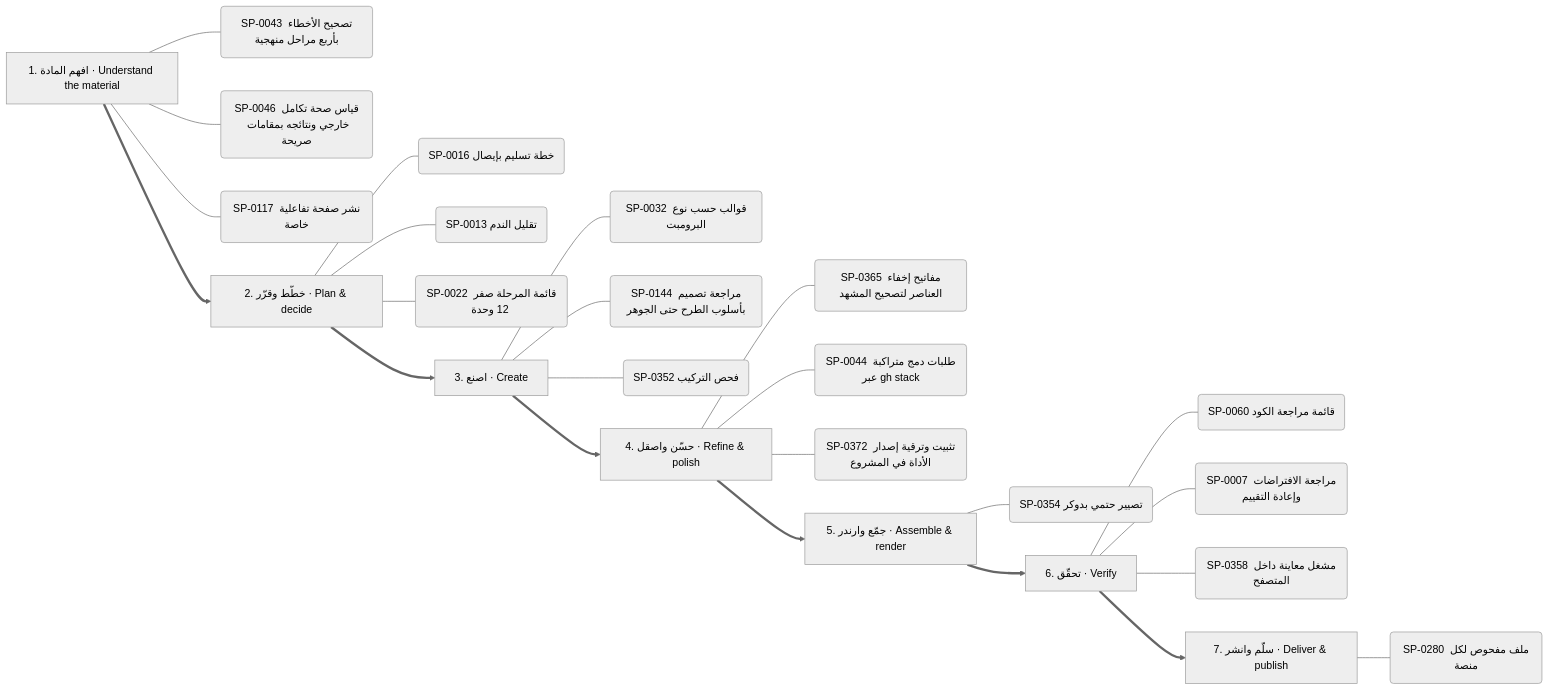
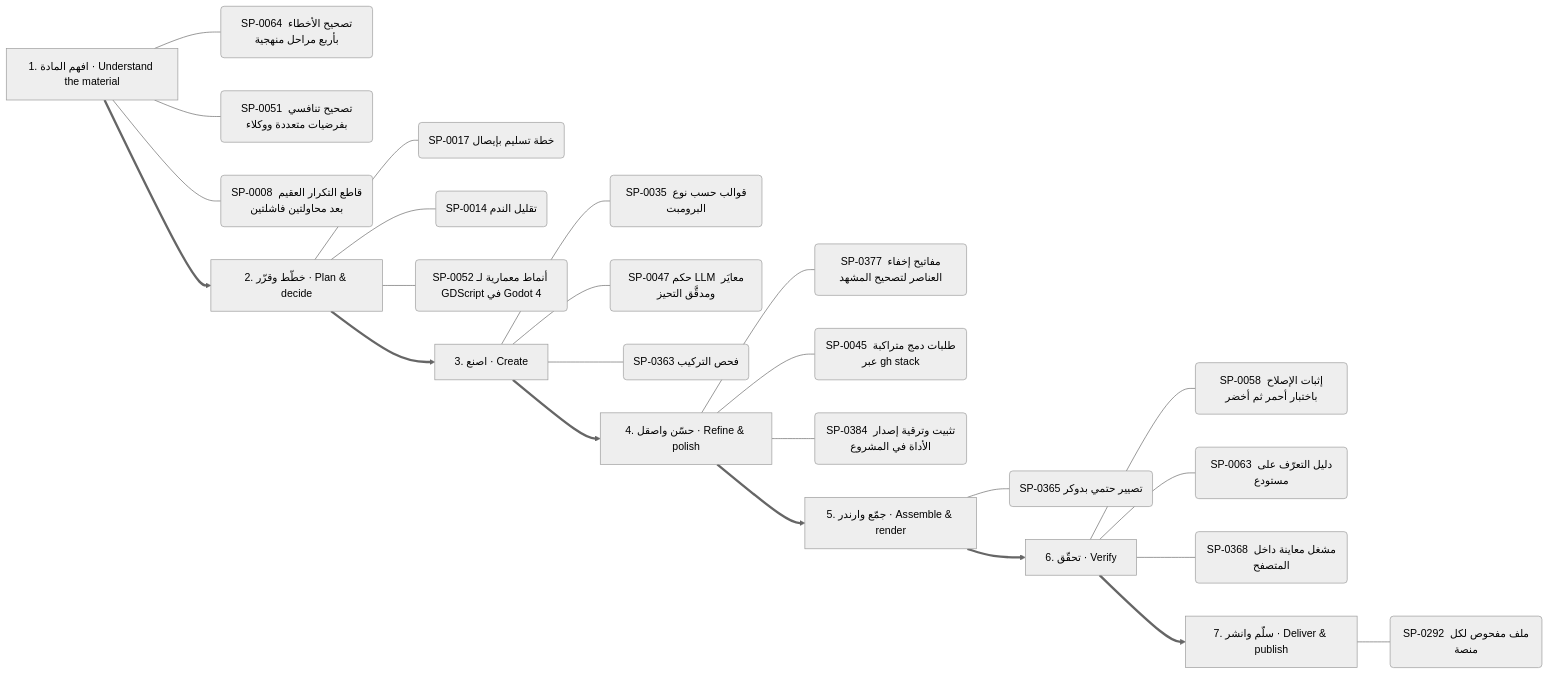
Before and after one commit to kosif199022-jpg/kosif-tool: the tenth of 13 diagrams in .claude/skills/kosif-superpowers/references/capability-mindmap.md, drawn with Mermaid (neutral theme). The commit also changed other lines of this file and 58 other files, not shown here.

````diff
--- a/.claude/skills/kosif-superpowers/references/capability-mindmap.md
+++ b/.claude/skills/kosif-superpowers/references/capability-mindmap.md
@@ -501,33 +505,33 @@
 ```mermaid
 flowchart LR
   S0["1. افهم المادة · Understand the material"]
-  S0 --- S0_0("SP-0043 تصحيح الأخطاء بأربع مراحل منهجية")
-  S0 --- S0_1("SP-0046 قياس صحة تكامل خارجي ونتائجه بمقامات صريحة")
-  S0 --- S0_2("SP-0117 نشر صفحة تفاعلية خاصة")
+  S0 --- S0_0("SP-0064 تصحيح الأخطاء بأربع مراحل منهجية")
+  S0 --- S0_1("SP-0051 تصحيح تنافسي بفرضيات متعددة ووكلاء")
+  S0 --- S0_2("SP-0008 قاطع التكرار العقيم بعد محاولتين فاشلتين")
   S1["2. خطّط وقرّر · Plan & decide"]
-  S1 --- S1_0("SP-0016 خطة تسليم بإيصال")
-  S1 --- S1_1("SP-0013 تقليل الندم")
-  S1 --- S1_2("SP-0022 قائمة المرحلة صفر  12 وحدة ")
+  S1 --- S1_0("SP-0017 خطة تسليم بإيصال")
+  S1 --- S1_1("SP-0014 تقليل الندم")
+  S1 --- S1_2("SP-0052 أنماط معمارية لـ GDScript في Godot 4")
   S0 ==> S1
   S2["3. اصنع · Create"]
-  S2 --- S2_0("SP-0032 قوالب حسب نوع البرومبت")
-  S2 --- S2_1("SP-0144 مراجعة تصميم بأسلوب الطرح حتى الجوهر")
-  S2 --- S2_2("SP-0352 فحص التركيب")
+  S2 --- S2_0("SP-0035 قوالب حسب نوع البرومبت")
+  S2 --- S2_1("SP-0047 حكم LLM معايَر ومدقَّق التحيز")
+  S2 --- S2_2("SP-0363 فحص التركيب")
   S1 ==> S2
   S3["4. حسّن واصقل · Refine & polish"]
-  S3 --- S3_0("SP-0365 مفاتيح إخفاء العناصر لتصحيح المشهد")
-  S3 --- S3_1("SP-0044 طلبات دمج متراكبة عبر gh stack")
-  S3 --- S3_2("SP-0372 تثبيت وترقية إصدار الأداة في المشروع")
+  S3 --- S3_0("SP-0377 مفاتيح إخفاء العناصر لتصحيح المشهد")
+  S3 --- S3_1("SP-0045 طلبات دمج متراكبة عبر gh stack")
+  S3 --- S3_2("SP-0384 تثبيت وترقية إصدار الأداة في المشروع")
   S2 ==> S3
   S4["5. جمّع وارندر · Assemble & render"]
-  S4 --- S4_0("SP-0354 تصيير حتمي بدوكر")
+  S4 --- S4_0("SP-0365 تصيير حتمي بدوكر")
   S3 ==> S4
   S5["6. تحقّق · Verify"]
-  S5 --- S5_0("SP-0060 قائمة مراجعة الكود")
-  S5 --- S5_1("SP-0007 مراجعة الافتراضات وإعادة التقييم")
-  S5 --- S5_2("SP-0358 مشغل معاينة داخل المتصفح")
+  S5 --- S5_0("SP-0058 إثبات الإصلاح باختبار أحمر ثم أخضر")
+  S5 --- S5_1("SP-0063 دليل التعرّف على مستودع")
+  S5 --- S5_2("SP-0368 مشغل معاينة داخل المتصفح")
   S4 ==> S5
   S6["7. سلّم وانشر · Deliver & publish"]
-  S6 --- S6_0("SP-0280 ملف مفحوص لكل منصة")
+  S6 --- S6_0("SP-0292 ملف مفحوص لكل منصة")
   S5 ==> S6
 ```
````
